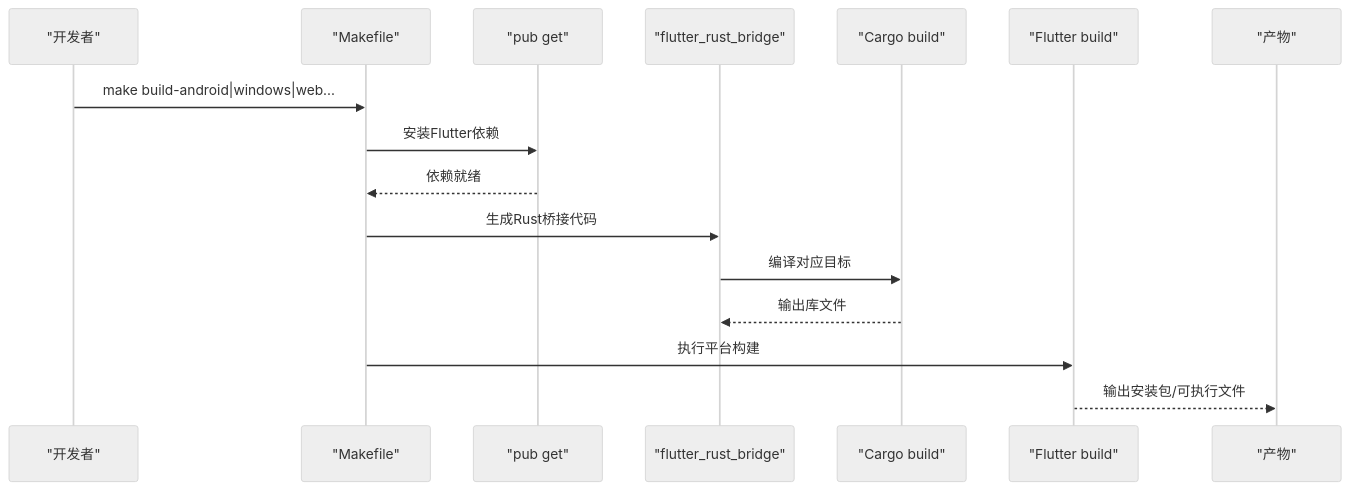
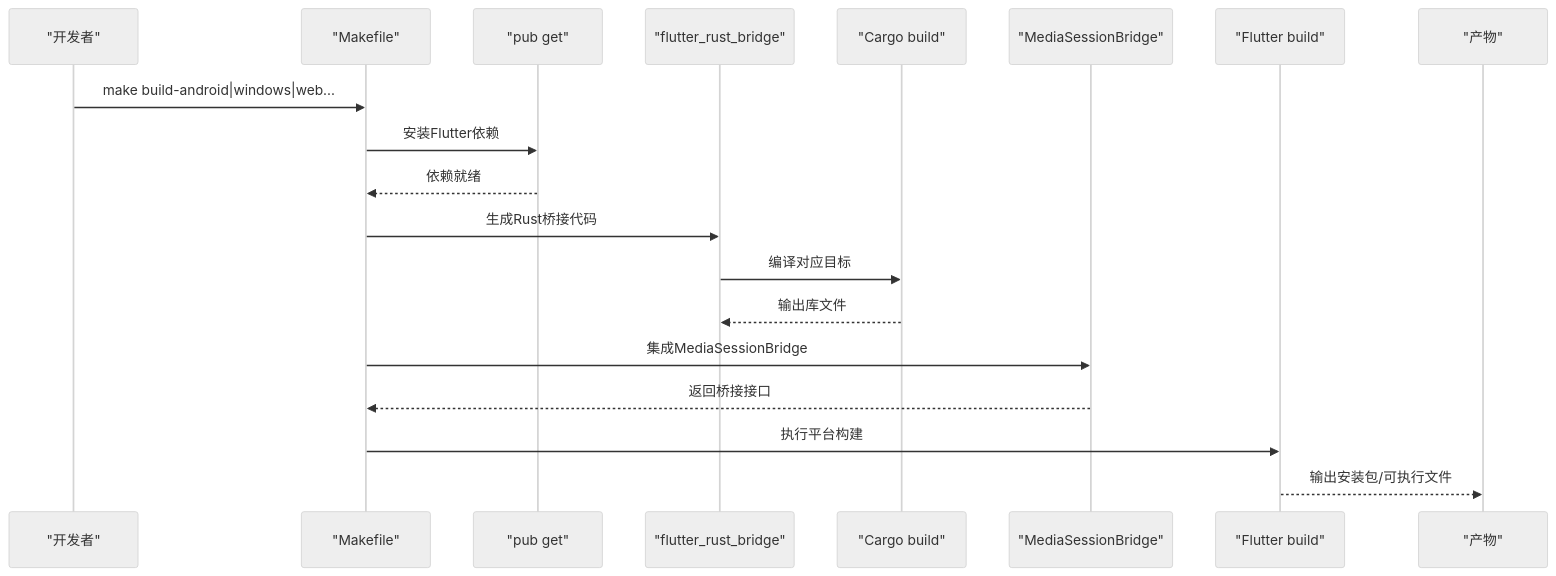
Before and after one commit to ZhangGHGitHub/LegadoTeamFlutter: the fourth of 8 diagrams in .qoder/repowiki/zh/content/构建和部署/构建和部署.md, drawn with Mermaid (neutral theme). The commit also changed other lines of this file and 66 other files, not shown here.

````diff
--- a/.qoder/repowiki/zh/content/构建和部署/构建和部署.md
+++ b/.qoder/repowiki/zh/content/构建和部署/构建和部署.md
@@ -192,18 +217,21 @@
 ```mermaid
 sequenceDiagram
 participant Dev as "开发者"
 participant MK as "Makefile"
 participant PUB as "pub get"
 participant FRB as "flutter_rust_bridge"
 participant RUST as "Cargo build"
+participant MSB as "MediaSessionBridge"
 participant FLUTTER as "Flutter build"
 participant OUT as "产物"
 Dev->>MK : make build-android|windows|web...
 MK->>PUB : 安装Flutter依赖
 PUB-->>MK : 依赖就绪
 MK->>FRB : 生成Rust桥接代码
 FRB->>RUST : 编译对应目标
 RUST-->>FRB : 输出库文件
+MK->>MSB : 集成MediaSessionBridge
+MSB-->>MK : 返回桥接接口
 MK->>FLUTTER : 执行平台构建
 FLUTTER-->>OUT : 输出安装包/可执行文件
 ```
````
